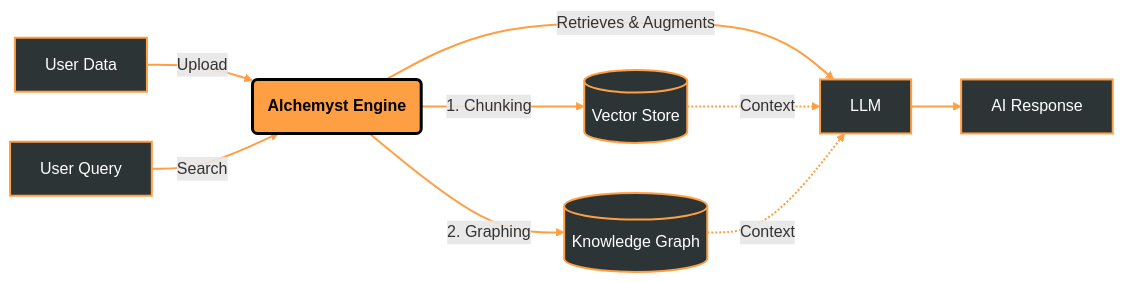
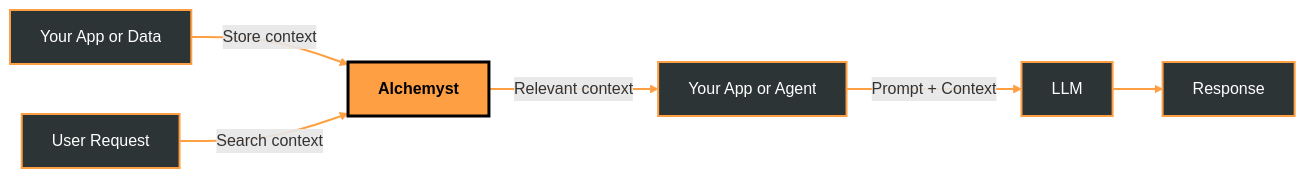
One commit to Alchemyst-ai/docs changed the diagram in developer-docs/index.mdx. Above: the diagram before and after it, drawn with Mermaid. The commit also changed other lines of this file and 8 other files, not shown here.

````diff
--- a/developer-docs/index.mdx
+++ b/developer-docs/index.mdx
@@ -41,20 +71,14 @@
 ```mermaid
 flowchart LR
     %% Define styles
     classDef engine fill:#ff9f43,stroke:#000,stroke-width:3px,color:#000,font-weight:bold;
     classDef node fill:#2d3436,stroke:#ff9f43,stroke-width:2px,color:#fff;
     classDef store fill:#2d3436,stroke:#ff9f43,stroke-width:2px,color:#fff;
     linkStyle default stroke:#ff9f43,stroke-width:2px;
 
-    A[User Data]:::node -->|Upload| B(Alchemyst Engine):::engine
-    B -->|1. Chunking| C[(Vector Store)]:::store
-    B -->|2. Graphing| D[(Knowledge Graph)]:::store
-    
-    E[User Query]:::node -->|Search| B
-    B -->|Retrieves & Augments| F[LLM]:::node
-    
-    C -.->|Context| F
-    D -.->|Context| F
-    
-    F --> G[AI Response]:::node
+    A[Your App or Data] -->|Store context| B[Alchemyst]:::engine
+    D[User Request] -->|Search context| B
+    B -->|Relevant context| E[Your App or Agent]
+    E -->|Prompt + Context| F[LLM]
+    F --> G[Response]
 ```
````
